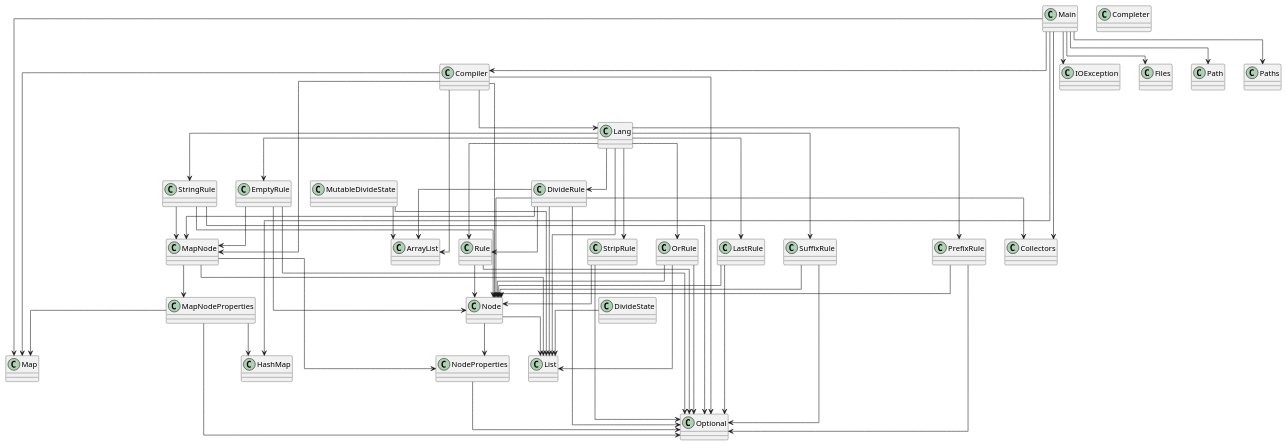
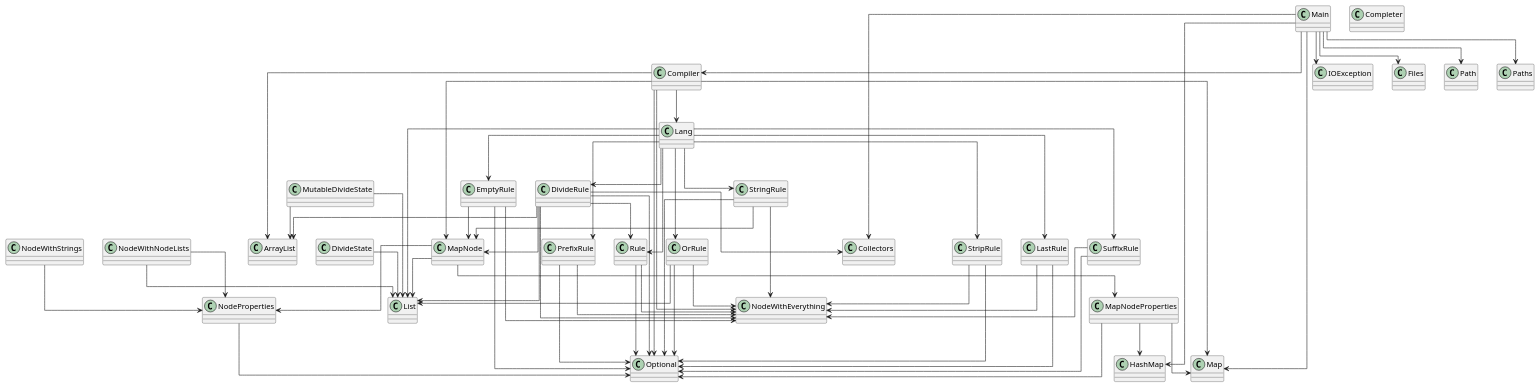
Before and after one commit to SirMathhman/Magma: the diagram in diagram.puml, drawn with PlantUML. The commit also changed 14 other files, not shown here.

```diff
--- a/diagram.puml
+++ b/diagram.puml
@@ -1,84 +1,87 @@
 @startuml
 skinparam linetype ortho
 class StringRule
 StringRule --> MapNode
-StringRule --> Node
+StringRule --> NodeWithEverything
 StringRule --> Optional
 class PrefixRule
-PrefixRule --> Node
+PrefixRule --> NodeWithEverything
 PrefixRule --> Optional
 class Compiler
 Compiler --> Lang
-Compiler --> Node
+Compiler --> NodeWithEverything
 Compiler --> MapNode
 Compiler --> ArrayList
 Compiler --> Map
 Compiler --> Optional
 class OrRule
-OrRule --> Node
+OrRule --> NodeWithEverything
 OrRule --> List
 OrRule --> Optional
 class EmptyRule
 EmptyRule --> MapNode
-EmptyRule --> Node
+EmptyRule --> NodeWithEverything
 EmptyRule --> Optional
-class Node
-Node --> NodeProperties
-Node --> List
 class StripRule
-StripRule --> Node
+StripRule --> NodeWithEverything
 StripRule --> Optional
 class Lang
 Lang --> EmptyRule
 Lang --> OrRule
 Lang --> Rule
 Lang --> DivideRule
 Lang --> LastRule
 Lang --> PrefixRule
 Lang --> StringRule
 Lang --> StripRule
 Lang --> SuffixRule
 Lang --> List
 class Completer
 class MutableDivideState
 MutableDivideState --> ArrayList
 MutableDivideState --> List
 class MapNode
 MapNode --> MapNodeProperties
 MapNode --> NodeProperties
 MapNode --> List
 class MapNodeProperties
 MapNodeProperties --> HashMap
 MapNodeProperties --> Map
 MapNodeProperties --> Optional
 class DivideState
 DivideState --> List
 class LastRule
-LastRule --> Node
+LastRule --> NodeWithEverything
 LastRule --> Optional
 class DivideRule
 DivideRule --> MapNode
-DivideRule --> Node
+DivideRule --> NodeWithEverything
 DivideRule --> Rule
 DivideRule --> ArrayList
 DivideRule --> List
 DivideRule --> Optional
 DivideRule --> Collectors
 class NodeProperties
 NodeProperties --> Optional
 class SuffixRule
-SuffixRule --> Node
+SuffixRule --> NodeWithEverything
 SuffixRule --> Optional
+class NodeWithEverything
+class NodeWithStrings
+NodeWithStrings --> NodeProperties
 class Rule
-Rule --> Node
+Rule --> NodeWithEverything
 Rule --> Optional
+class NodeWithNodeLists
+NodeWithNodeLists --> NodeProperties
+NodeWithNodeLists --> List
 class Main
 Main --> Compiler
 Main --> IOException
 Main --> Files
 Main --> Path
 Main --> Paths
 Main --> HashMap
 Main --> Map
 Main --> Collectors
 @enduml
```
